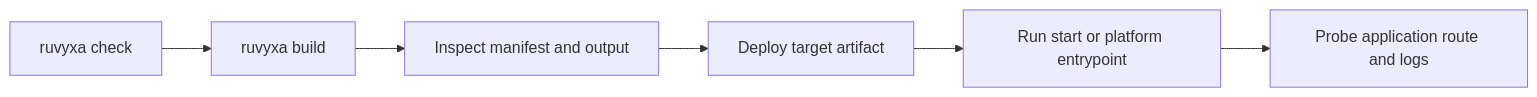
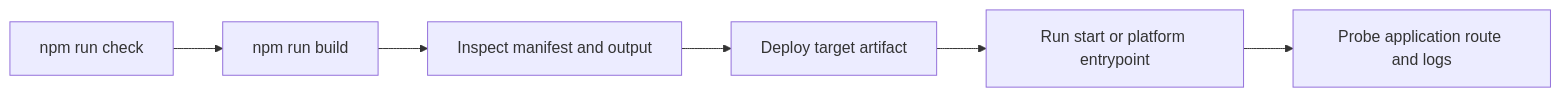
The diagram in docs/en/15-deploy-run-and-operate.md (Mike0165115321/Ruvyxa), drawn with Mermaid before and after one commit. The commit also changed other lines of this file and 25 other files, not shown here.

````diff
--- a/docs/en/15-deploy-run-and-operate.md
+++ b/docs/en/15-deploy-run-and-operate.md
@@ -19,8 +19,8 @@
 ```mermaid
 flowchart LR
-  A[ruvyxa check] --> B[ruvyxa build]
+  A[npm run check] --> B[npm run build]
   B --> C[Inspect manifest and output]
   C --> D[Deploy target artifact]
   D --> E[Run start or platform entrypoint]
   E --> F[Probe application route and logs]
 ```
````
